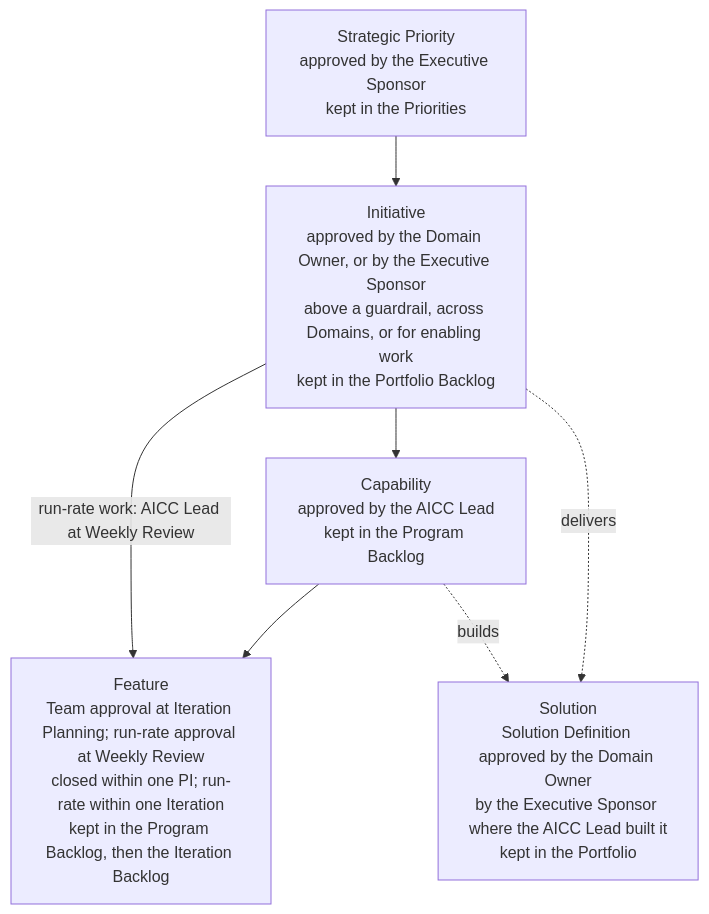
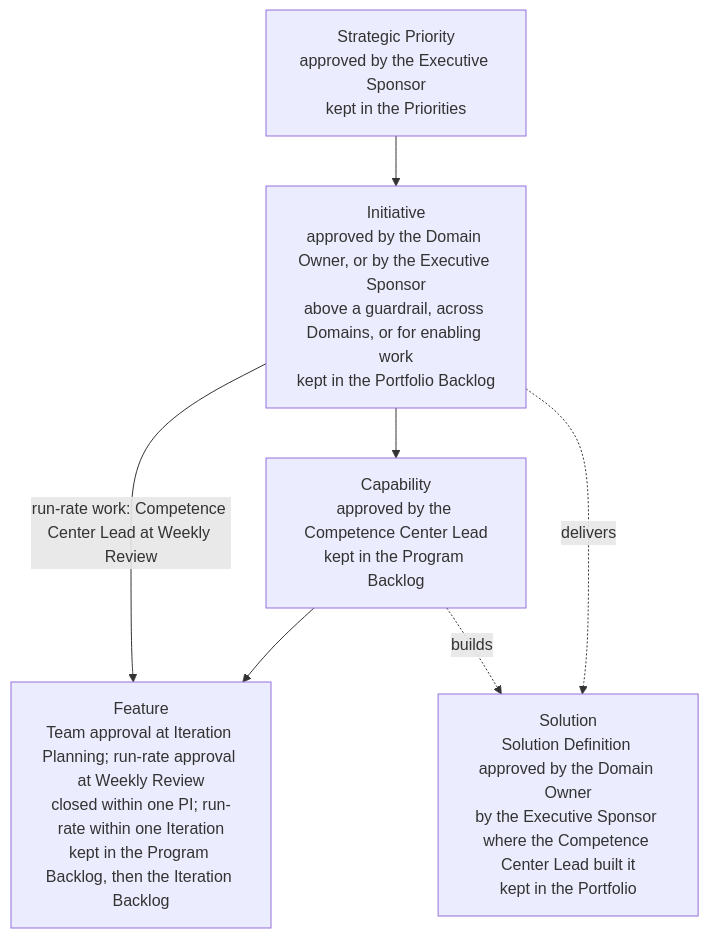
One commit to devhogu/ob-aicc changed the first of 5 diagrams in charter/en/guides/service-delivery-guide.md. Above: the diagram before and after it, drawn with Mermaid. The commit also changed other lines of this file and 1149 other files, not shown here.

First line of the commit message:
The name Competence Center: AICC stays only as a code (DR-2026-066)

````diff
--- a/charter/en/guides/service-delivery-guide.md
+++ b/charter/en/guides/service-delivery-guide.md
@@ -11,14 +11,14 @@
 ```mermaid
 flowchart TB
   SP["Strategic Priority<br/>approved by the Executive Sponsor<br/>kept in the Priorities"]
   INI["Initiative<br/>approved by the Domain Owner, or by the Executive Sponsor<br/>above a guardrail, across Domains, or for enabling work<br/>kept in the Portfolio Backlog"]
-  CAP["Capability<br/>approved by the AICC Lead<br/>kept in the Program Backlog"]
+  CAP["Capability<br/>approved by the Competence Center Lead<br/>kept in the Program Backlog"]
   FT["Feature<br/>Team approval at Iteration Planning; run-rate approval at Weekly Review<br/>closed within one PI; run-rate within one Iteration<br/>kept in the Program Backlog, then the Iteration Backlog"]
-  SOL["Solution<br/>Solution Definition approved by the Domain Owner<br/>by the Executive Sponsor where the AICC Lead built it<br/>kept in the Portfolio"]
+  SOL["Solution<br/>Solution Definition approved by the Domain Owner<br/>by the Executive Sponsor where the Competence Center Lead built it<br/>kept in the Portfolio"]
   SP --> INI
   INI --> CAP
   CAP --> FT
-  INI -->|run-rate work: AICC Lead at Weekly Review| FT
+  INI -->|run-rate work: Competence Center Lead at Weekly Review| FT
   INI -.->|"delivers"| SOL
   CAP -.->|"builds"| SOL
 ```
````
